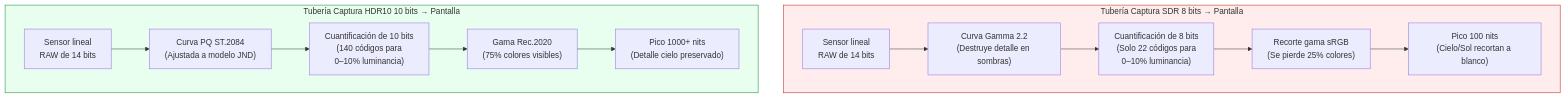
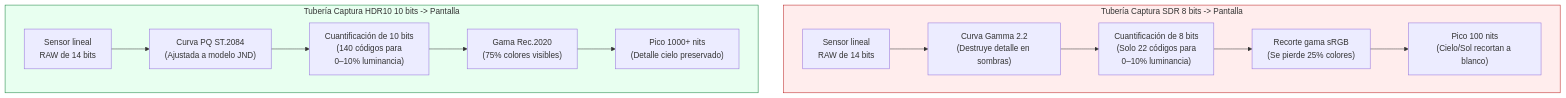
Before and after one commit to zoozooll/AndroidCameraParameters: the first of 2 diagrams in website/i18n/es/docusaurus-plugin-content-docs/current/camera2/hdr-and-ultra-hdr.md, drawn with Mermaid. The commit also changed other lines of this file and 77 other files, not shown here.

First line of the commit message:
docs: standardize Mermaid syntax and polish 3A pipeline translations

````diff
--- a/website/i18n/es/docusaurus-plugin-content-docs/current/camera2/hdr-and-ultra-hdr.md
+++ b/website/i18n/es/docusaurus-plugin-content-docs/current/camera2/hdr-and-ultra-hdr.md
@@ -33,19 +33,19 @@
 ```mermaid
 flowchart TD
-    subgraph SDRpath["Tubería Captura SDR 8 bits → Pantalla"]
+    subgraph SDRpath["Tubería Captura SDR 8 bits -> Pantalla"]
         S1["Sensor lineal<br/>RAW de 14 bits"] --> S2["Curva Gamma 2.2<br/>(Destruye detalle en sombras)"]
         S2 --> S3["Cuantificación de 8 bits<br/>(Solo 22 códigos para<br/>0–10% luminancia)"]
         S3 --> S4["Recorte gama sRGB<br/>(Se pierde 25% colores)"]
         S4 --> S5["Pico 100 nits<br/>(Cielo/Sol recortan a blanco)"]
     end
 
-    subgraph HDRpath["Tubería Captura HDR10 10 bits → Pantalla"]
+    subgraph HDRpath["Tubería Captura HDR10 10 bits -> Pantalla"]
         H1["Sensor lineal<br/>RAW de 14 bits"] --> H2["Curva PQ ST.2084<br/>(Ajustada a modelo JND)"]
         H2 --> H3["Cuantificación de 10 bits<br/>(140 códigos para<br/>0–10% luminancia)"]
         H3 --> H4["Gama Rec.2020<br/>(75% colores visibles)"]
         H4 --> H5["Pico 1000+ nits<br/>(Detalle cielo preservado)"]
     end
 
     style SDRpath fill:#ffeded,stroke:#b91c1c
     style HDRpath fill:#e8fff0,stroke:#15803d
 ```
````
